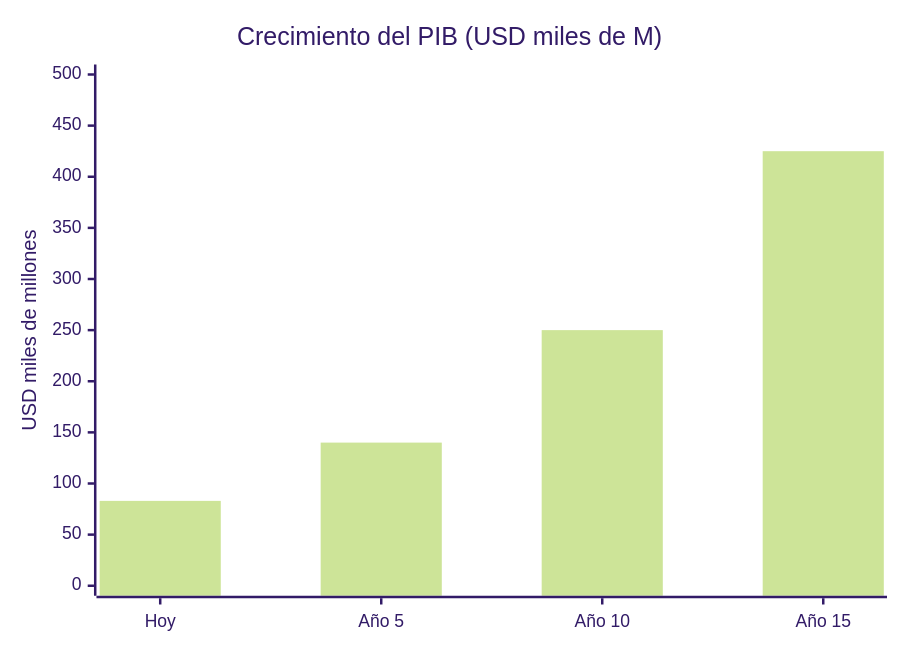
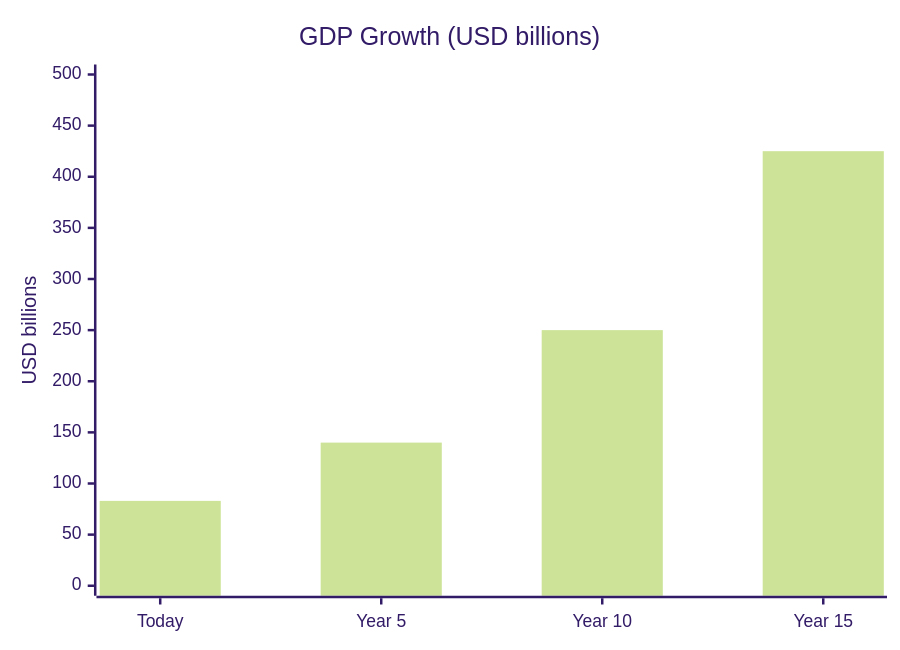
Before and after one commit to Venezuela-S-A/venezuela-sa: the first of 3 diagrams in i18n/en/docusaurus-plugin-content-docs/current/07-ejecucion/proyecciones.md, drawn with Mermaid (forest theme). The commit also changed other lines of this file and 127 other files, not shown here.

````diff
--- a/i18n/en/docusaurus-plugin-content-docs/current/07-ejecucion/proyecciones.md
+++ b/i18n/en/docusaurus-plugin-content-docs/current/07-ejecucion/proyecciones.md
@@ -8,7 +8,7 @@
 ```mermaid
 xychart-beta
-    title "Crecimiento del PIB (USD miles de M)"
-    x-axis ["Hoy", "Año 5", "Año 10", "Año 15"]
-    y-axis "USD miles de millones" 0 --> 500
+    title "GDP Growth (USD billions)"
+    x-axis ["Today", "Year 5", "Year 10", "Year 15"]
+    y-axis "USD billions" 0 --> 500
     bar [83, 140, 250, 425]
 ```
````
